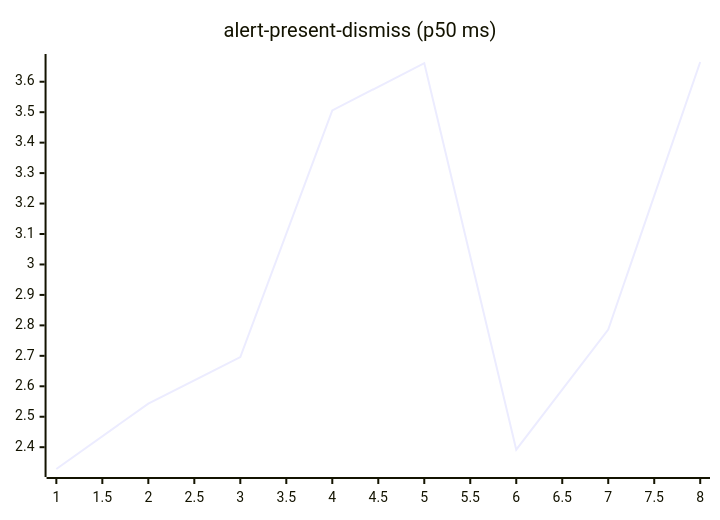
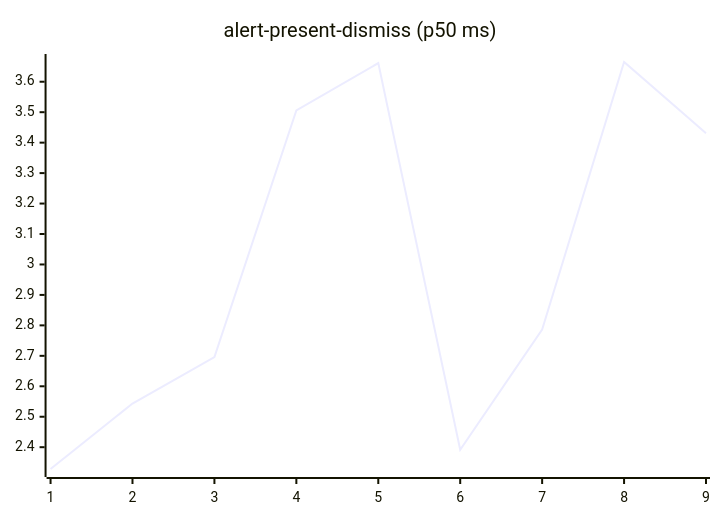
The second of 27 diagrams in README.md (josha/Facet), drawn with Mermaid before and after one commit. The commit also changed other lines of this file and 2 other files, not shown here.

````diff
--- a/README.md
+++ b/README.md
@@ -70,6 +70,6 @@
 ```mermaid
 xychart-beta
     title "alert-present-dismiss (p50 ms)"
-    x-axis 1 --> 8
-    line [2.3284, 2.5432, 2.6957, 3.5058, 3.6611, 2.3918, 2.7865, 3.6648]
+    x-axis 1 --> 9
+    line [2.3284, 2.5432, 2.6957, 3.5058, 3.6611, 2.3918, 2.7865, 3.6648, 3.4312]
 ```
````
